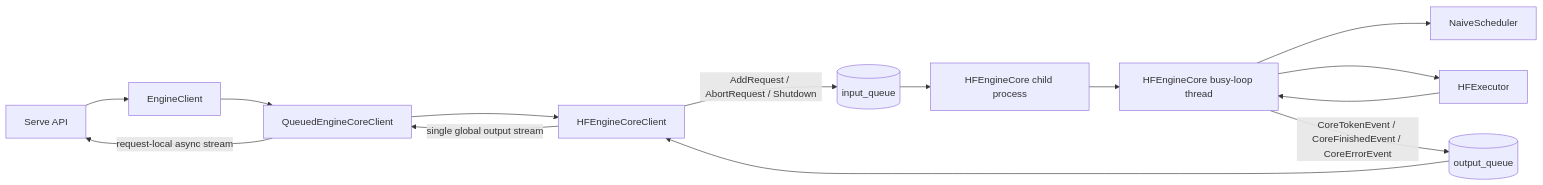
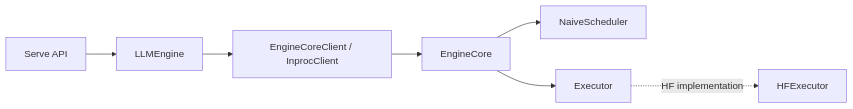
One commit to BigFaceMan/xTokens changed the first of 2 diagrams in docs/design/S2-naive_hf_engine_core.md. Above: the diagram before and after it, drawn with Mermaid. The commit also changed other lines of this file and 27 other files, not shown here.

Commit message:
feat(xtokens): impl llmengine, engineclient, enginecore, hf executor

````diff
--- a/docs/design/S2-naive_hf_engine_core.md
+++ b/docs/design/S2-naive_hf_engine_core.md
@@ -123,16 +37,9 @@
 ```mermaid
 flowchart LR
-    Serve[Serve API] --> EC[EngineClient]
-    EC --> QC[QueuedEngineCoreClient]
-    QC --> HC[HFEngineCoreClient]
-    HC -->|AddRequest / AbortRequest / Shutdown| IQ[(input_queue)]
-    IQ --> CP[HFEngineCore child process]
-    CP --> Core[HFEngineCore busy-loop thread]
-    Core --> S[NaiveScheduler]
-    Core --> E[HFExecutor]
-    E --> Core
-    Core -->|CoreTokenEvent / CoreFinishedEvent / CoreErrorEvent| OQ[(output_queue)]
-    OQ --> HC
-    HC -->|single global output stream| QC
-    QC -->|request-local async stream| Serve
+    API[Serve API] --> Engine[LLMEngine]
+    Engine --> Client[EngineCoreClient / InprocClient]
+    Client --> Core[EngineCore]
+    Core --> Scheduler[NaiveScheduler]
+    Core --> Executor[Executor]
+    Executor -. HF implementation .-> HF[HFExecutor]
 ```
````
